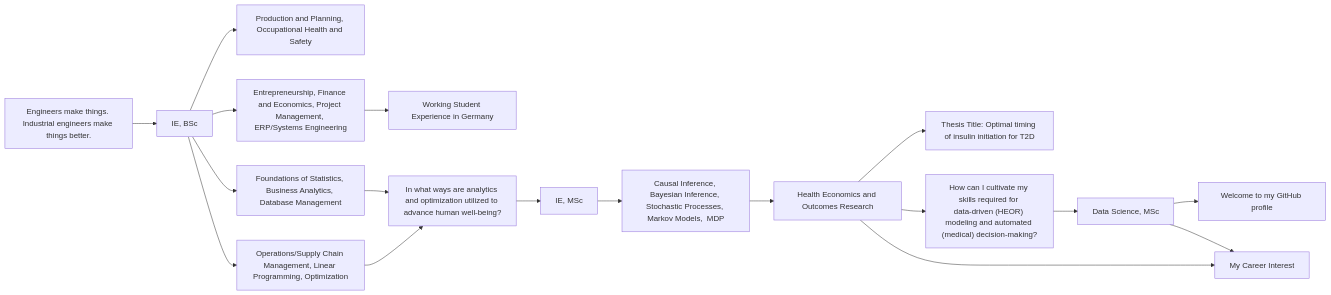
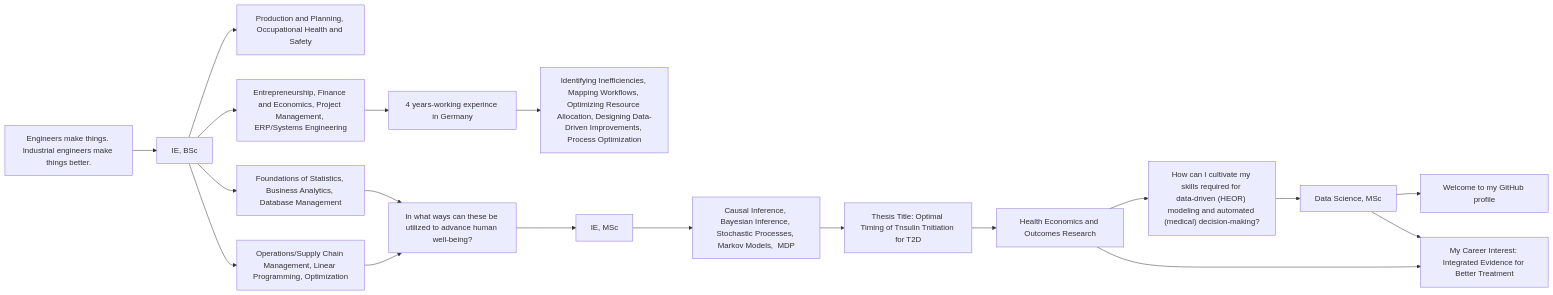
The diagram in README.md (eminsin/eminsin), drawn with Mermaid before and after one commit.

Commit message:
Update README with improved descriptions and corrections

````diff
--- a/README.md
+++ b/README.md
@@ -55,20 +55,21 @@
 ```mermaid
 graph LR
     A["Engineers make things. Industrial engineers make things better."] --> B["IE, BSc"];
     B --> C["Production and Planning, Occupational Health and Safety"];
     B --> D["Entrepreneurship, Finance and Economics, Project Management, ERP/Systems Engineering"];
-    D --> M["Working Student Experience in Germany"]
+    D --> M["4 years-working experince in Germany"];
+    M --> R["Identifying Inefficiencies, Mapping Workflows, Optimizing Resource Allocation, Designing Data-Driven Improvements, Process Optimization"]
     B --> E["Foundations of Statistics, Business Analytics, Database Management"];
     B --> F["Operations/Supply Chain Management, Linear Programming, Optimization"];
-    F --> G["In what ways are analytics and optimization utilized to advance human well‑being?"];
+    F --> G["In what ways can these be utilized to advance human well‑being?"];
     E --> G;
     G --> H["IE, MSc"];
     H --> I["Causal Inference, Bayesian Inference, Stochastic Processes, Markov Models,  MDP"];
-    I --> N["Health Economics and Outcomes Research"];
-    N --> O["Thesis Title: Optimal timing of insulin initiation for T2D"];
+    I --> O["Thesis Title: Optimal Timing of Tnsulin Tnitiation for T2D"];
+    O --> N["Health Economics and Outcomes Research"];
     N --> J["How can I cultivate my skills required for data‑driven (HEOR) modeling and automated (medical) decision‑making?"];
     J --> K["Data Science, MSc"];
     K --> L["Welcome to my GitHub profile"];
-    N --> P["My Career Interest"];
+    N --> P["My Career Interest: Integrated Evidence for Better Treatment"];
     K --> P;
 ```
````
